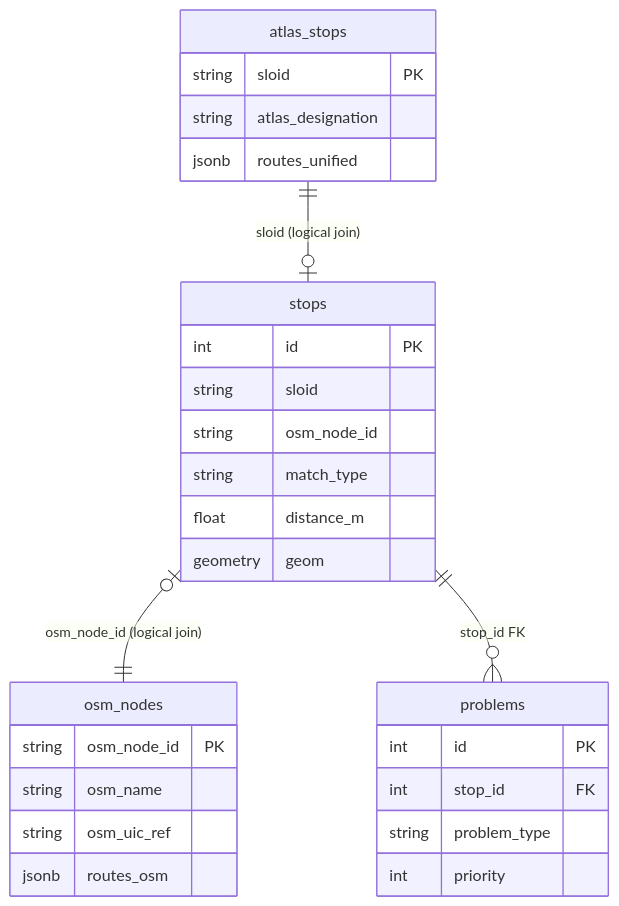
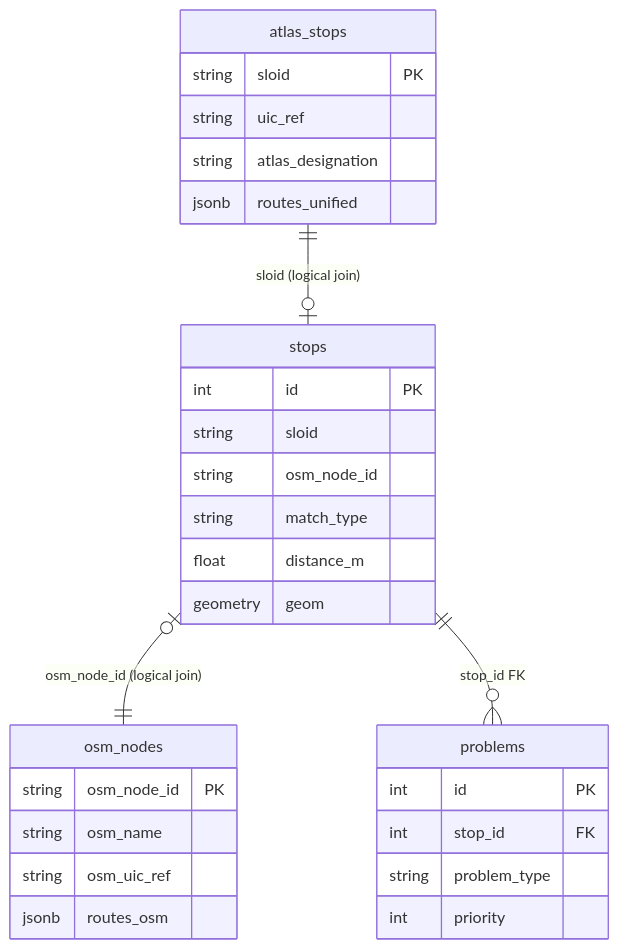
One commit to openTdataCH/stop_sync_osm_atlas changed the diagram in documentation/4. Stops DB.md. Above: the diagram before and after it, drawn with Mermaid. The commit also changed other lines of this file and 10 other files, not shown here.

Commit message:
#30 moved uic_ref column to the table atlas_stops, changed migration file and all instances that used the stops.uic_ref

````diff
--- a/documentation/4. Stops DB.md
+++ b/documentation/4. Stops DB.md
@@ -9,35 +9,36 @@
 ```mermaid
 erDiagram
     atlas_stops ||--o| stops : "sloid (logical join)"
     stops |o--|| osm_nodes : "osm_node_id (logical join)"
     stops ||--o{ problems : "stop_id FK"
     
     stops {
         int id PK
         string sloid
         string osm_node_id
         string match_type
         float distance_m
         geometry geom
     }
     
     atlas_stops {
         string sloid PK
+        string uic_ref
         string atlas_designation
         jsonb routes_unified
     }
     
     osm_nodes {
         string osm_node_id PK
         string osm_name
         string osm_uic_ref
         jsonb routes_osm
     }
     
     problems {
         int id PK
         int stop_id FK
         string problem_type
         int priority
     }
 ```
````
